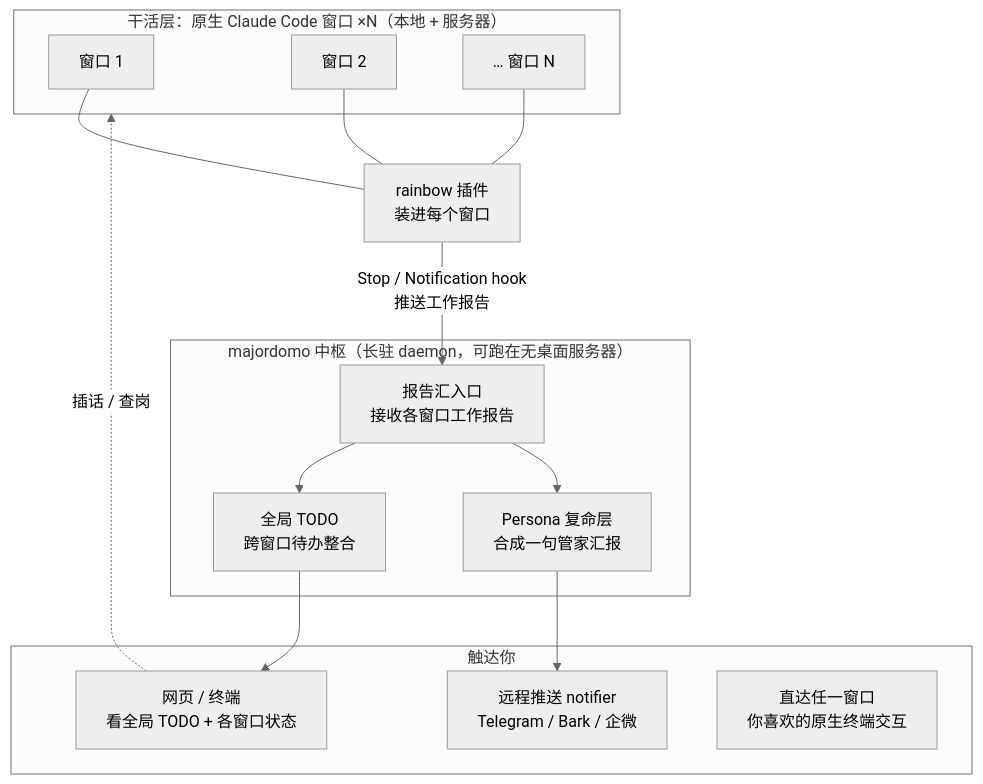
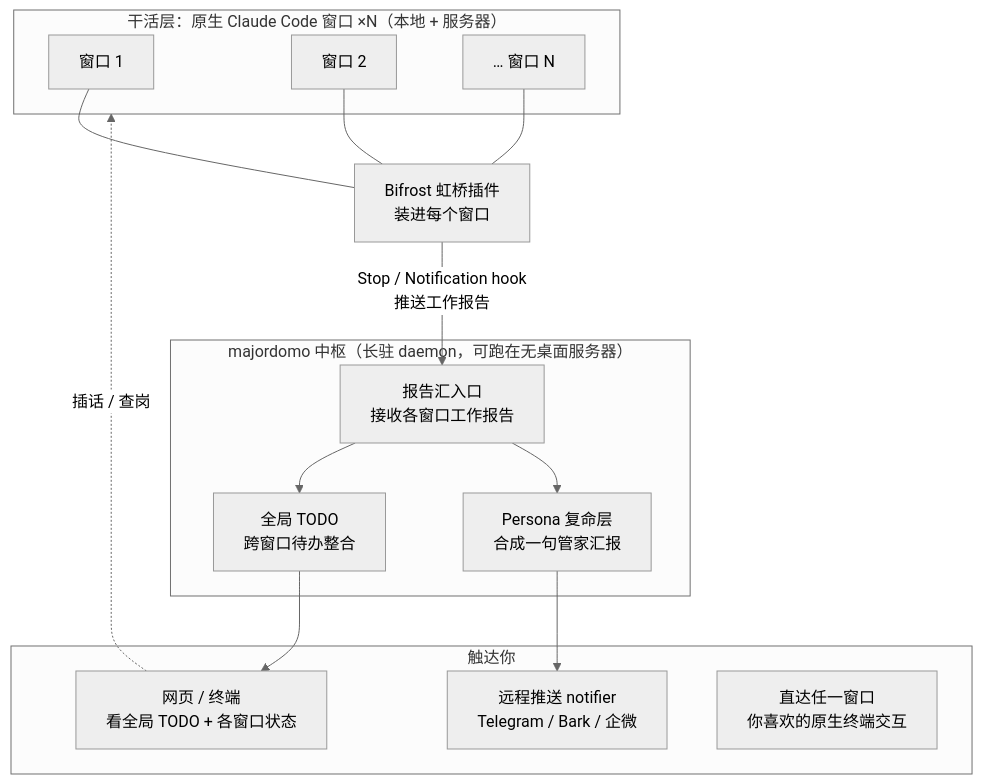
Before and after one commit to tobenot/majordomo: the diagram in docs/design/pivot-to-hub.md, drawn with Mermaid (neutral theme). The commit also changed other lines of this file and 2 other files, not shown here.

First line of the commit message:
docs: pivot rainbow→Bifrost, finalize hub v1 design

````diff
--- a/docs/design/pivot-to-hub.md
+++ b/docs/design/pivot-to-hub.md
@@ -22,33 +22,33 @@
 ```mermaid
 graph TB
   subgraph Workers["干活层：原生 Claude Code 窗口 ×N（本地 + 服务器）"]
     W1["窗口 1"]
     W2["窗口 2"]
     WN["… 窗口 N"]
   end
 
-  RB["rainbow 插件<br/>装进每个窗口"]
+  RB["Bifrost 虹桥插件<br/>装进每个窗口"]
   W1 --- RB
   W2 --- RB
   WN --- RB
 
   subgraph Hub["majordomo 中枢（长驻 daemon，可跑在无桌面服务器）"]
     ING["报告汇入口<br/>接收各窗口工作报告"]
     TODO["全局 TODO<br/>跨窗口待办整合"]
     PER["Persona 复命层<br/>合成一句管家汇报"]
     ING --> TODO
     ING --> PER
   end
 
   RB -->|Stop / Notification hook<br/>推送工作报告| ING
 
   subgraph Reach["触达你"]
     PUSH["远程推送 notifier<br/>Telegram / Bark / 企微"]
     PANEL["网页 / 终端<br/>看全局 TODO + 各窗口状态"]
     DIRECT["直达任一窗口<br/>你喜欢的原生终端交互"]
   end
 
   PER --> PUSH
   TODO --> PANEL
   PANEL -.插话 / 查岗.-> Workers
 ```
````
